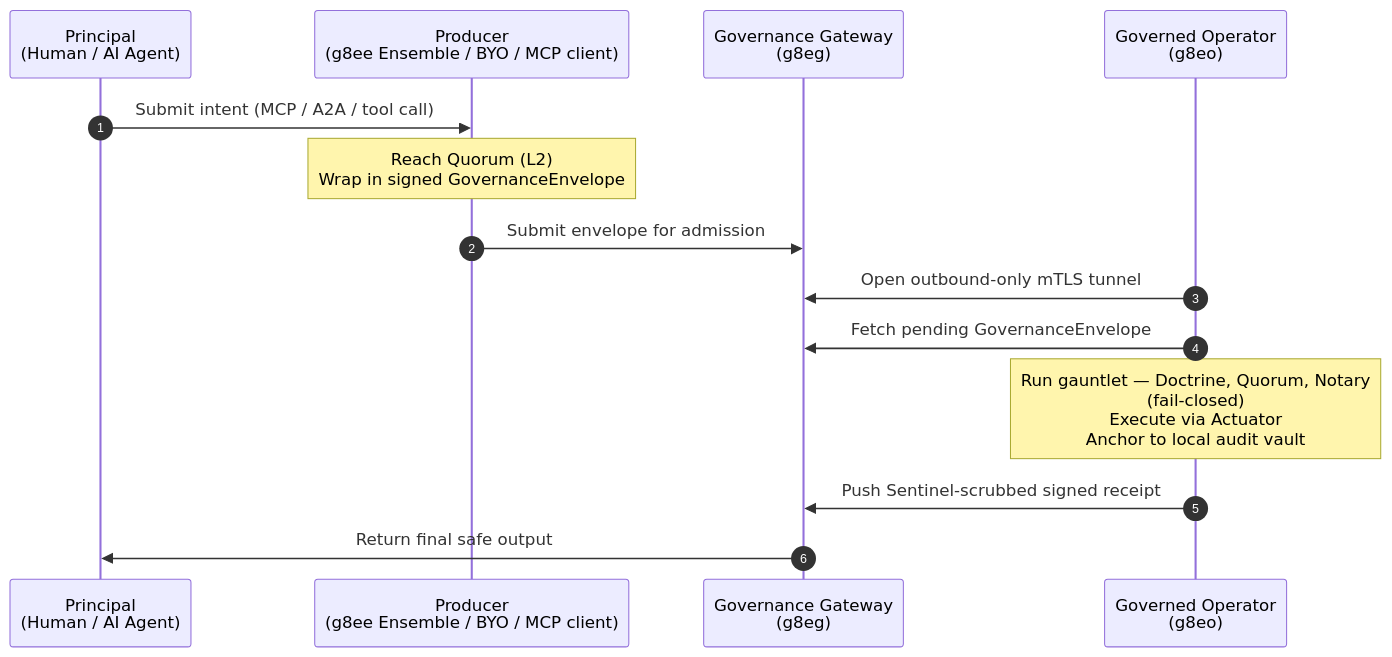
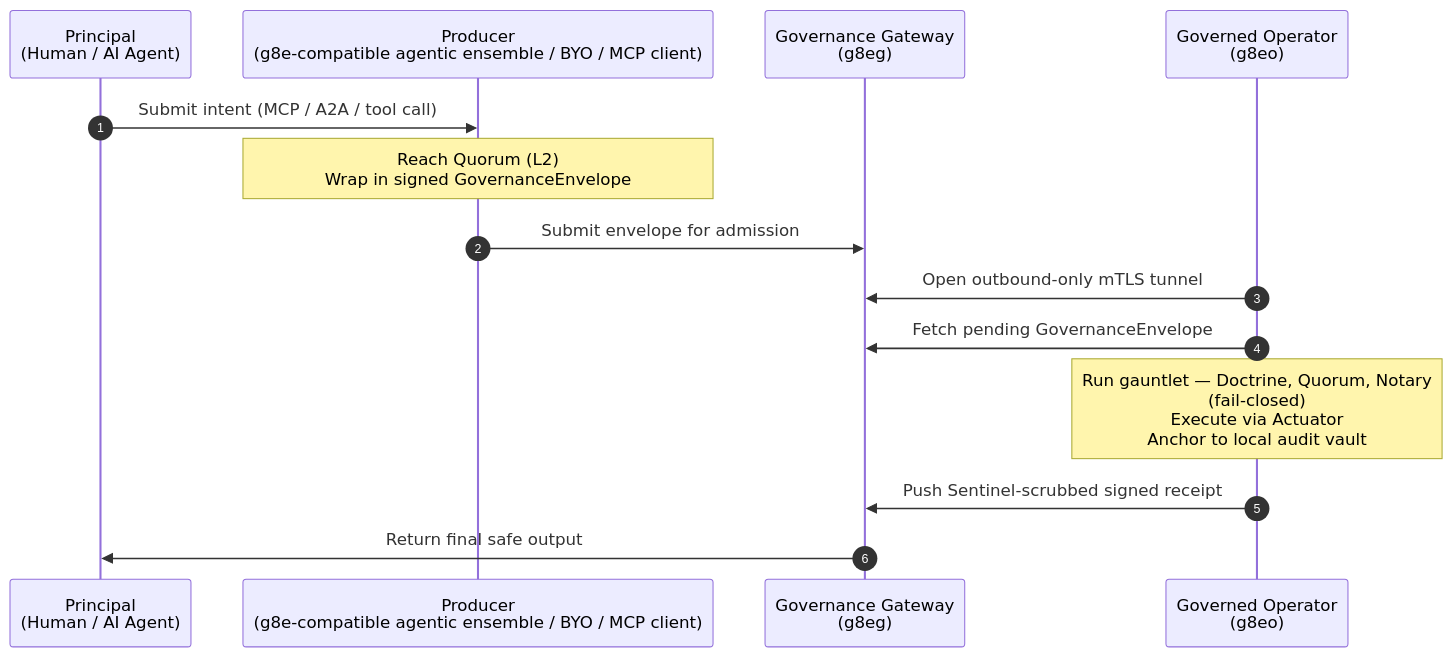
One commit to g8e-ai/g8e changed the first of 2 diagrams in README.md. Above: the diagram before and after it, drawn with Mermaid. The commit also changed other lines of this file and 1265 other files, not shown here.

````diff
--- a/README.md
+++ b/README.md
@@ -85,20 +85,20 @@
 ```mermaid
 sequenceDiagram
     autonumber
     participant Principal as Principal<br/>(Human / AI Agent)
-    participant Ensemble as Producer<br/>(g8ee Ensemble / BYO / MCP client)
+    participant Ensemble as Producer<br/>(g8e-compatible agentic ensemble / BYO / MCP client)
     participant Gateway as Governance Gateway<br/>(g8eg)
     participant Operator as Governed Operator<br/>(g8eo)
 
     Principal->>Ensemble: Submit intent (MCP / A2A / tool call)
     Note over Ensemble: Reach Quorum (L2)<br/>Wrap in signed GovernanceEnvelope
     Ensemble->>Gateway: Submit envelope for admission
 
     Operator->>Gateway: Open outbound-only mTLS tunnel
     Operator->>Gateway: Fetch pending GovernanceEnvelope
 
     Note over Operator: Run gauntlet — Doctrine, Quorum, Notary<br/>(fail-closed)<br/>Execute via Actuator<br/>Anchor to local audit vault
 
     Operator->>Gateway: Push Sentinel-scrubbed signed receipt
     Gateway->>Principal: Return final safe output
 ```
````
